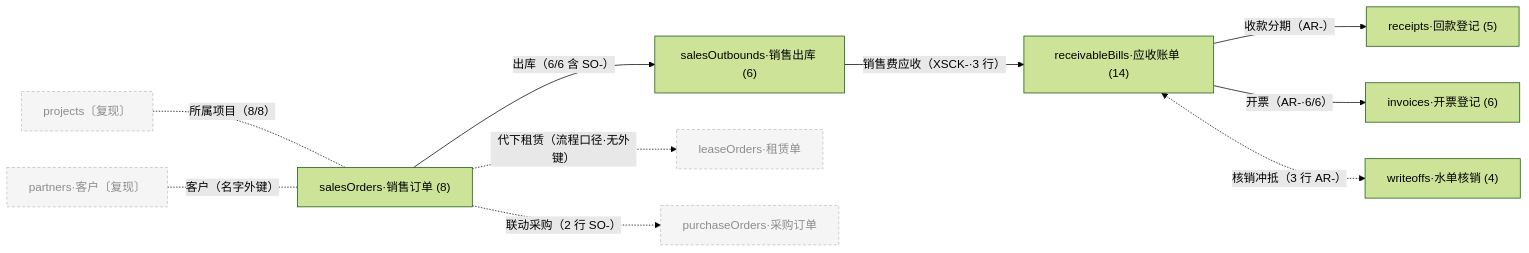
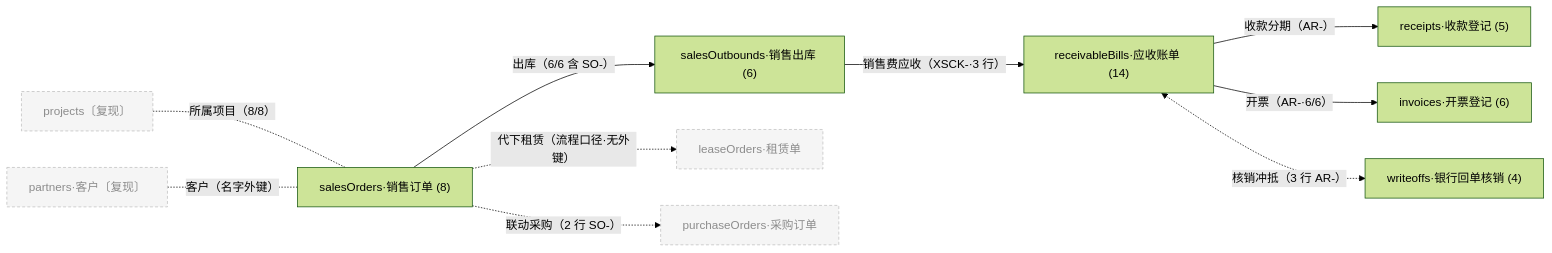
Before and after one commit to lyuxiaohei/auto-parts-rental: the fourth of 7 diagrams in P3-R01-包装租赁管理后台原型/P3-R01-A06-实体关系与状态机.md, drawn with Mermaid (forest theme). The commit also changed other lines of this file and 303 other files, not shown here.

````diff
--- a/P3-R01-包装租赁管理后台原型/P3-R01-A06-实体关系与状态机.md
+++ b/P3-R01-包装租赁管理后台原型/P3-R01-A06-实体关系与状态机.md
@@ -207,24 +207,24 @@
 ```mermaid
 flowchart LR
   SO["salesOrders·销售订单 (8)"]
   XSC["salesOutbounds·销售出库 (6)"]
   AR["receivableBills·应收账单 (14)"]
-  RC["receipts·回款登记 (5)"]
+  RC["receipts·收款登记 (5)"]
   IV["invoices·开票登记 (6)"]
-  WO["writeoffs·水单核销 (4)"]
+  WO["writeoffs·银行回单核销 (4)"]
   ZL0["leaseOrders·租赁单"]
   PO0["purchaseOrders·采购订单"]
   PG["projects〔复现〕"]
   CUG["partners·客户〔复现〕"]
   SO -->|"出库（6/6 含 SO-）"| XSC
   XSC -->|"销售费应收（XSCK-·3 行）"| AR
   AR -->|"收款分期（AR-）"| RC
   AR -->|"开票（AR-·6/6）"| IV
   AR <-."核销冲抵（3 行 AR-）".-> WO
   SO -. "代下租赁（流程口径·无外键）" .-> ZL0
   SO -. "联动采购（2 行 SO-）" .-> PO0
   PG -. "所属项目（8/8）" .- SO
   CUG -. "客户（名字外键）" .- SO
   classDef gray fill:#f5f5f5,stroke:#bfbfbf,stroke-dasharray:4 3,color:#8c8c8c;
   class ZL0,PO0,PG,CUG gray;
 ```
````
